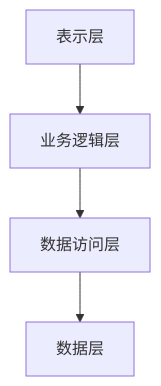
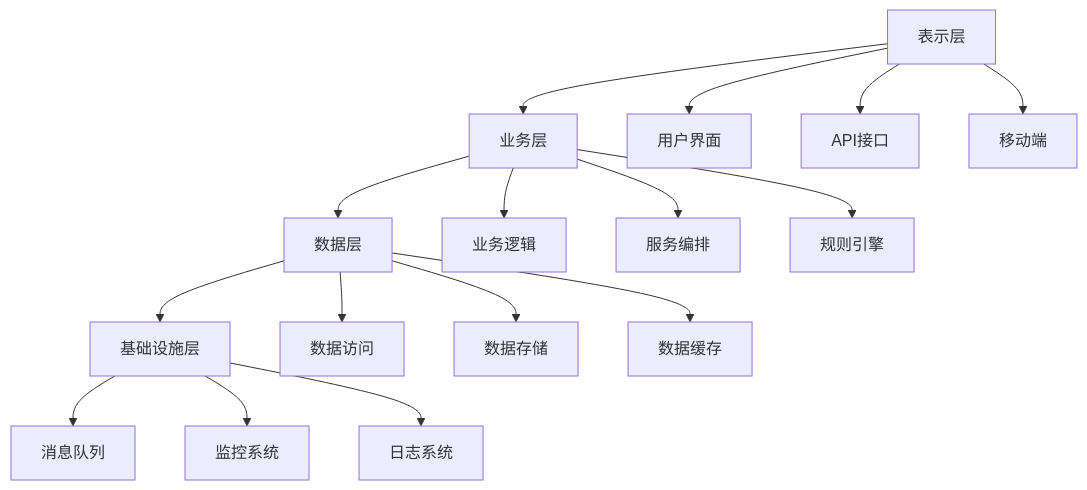
The seventh of 12 diagrams in Analysis/4-软件架构与工程/4.1-基础理论/4.1.1-软件架构基础理论.md (AdaMartin18010/Data-Science), drawn with Mermaid before and after one commit. The commit also changed other lines of this file and 16 other files, not shown here.

````diff
--- a/Analysis/4-软件架构与工程/4.1-基础理论/4.1.1-软件架构基础理论.md
+++ b/Analysis/4-软件架构与工程/4.1-基础理论/4.1.1-软件架构基础理论.md
@@ -181,6 +275,22 @@
 ```mermaid
 graph TD
-    A[表示层] --> B[业务逻辑层]
-    B --> C[数据访问层]
-    C --> D[数据层]
+    A[表示层] --> B[业务层]
+    B --> C[数据层]
+    C --> D[基础设施层]
+    
+    A --> E[用户界面]
+    A --> F[API接口]
+    A --> G[移动端]
+    
+    B --> H[业务逻辑]
+    B --> I[服务编排]
+    B --> J[规则引擎]
+    
+    C --> K[数据访问]
+    C --> L[数据存储]
+    C --> M[数据缓存]
+    
+    D --> N[消息队列]
+    D --> O[监控系统]
+    D --> P[日志系统]
 ```
````
